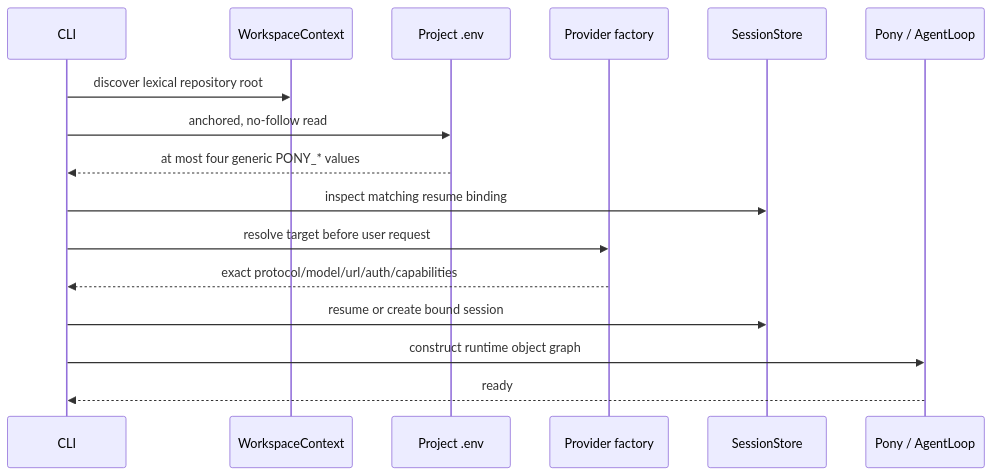
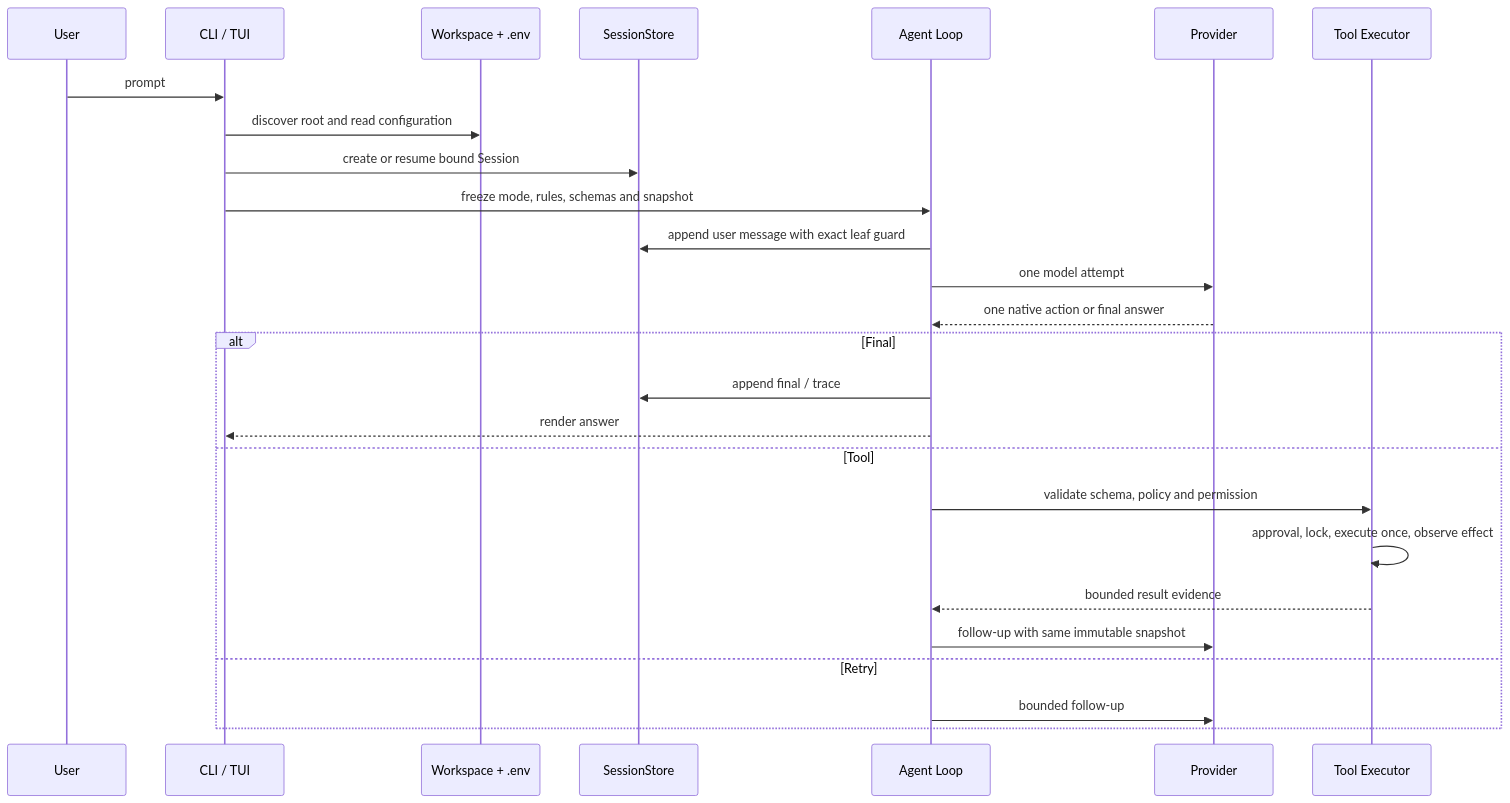
The second of 8 diagrams in docs/architecture.md (xiawiie/pony-code), drawn with Mermaid before and after one commit. The commit also changed other lines of this file and 1 other file, not shown here.

Commit message:
docs: refresh GitHub project overview

````diff
--- a/docs/architecture.md
+++ b/docs/architecture.md
@@ -94,19 +34,29 @@
 ```mermaid
 sequenceDiagram
-    participant C as CLI
-    participant W as WorkspaceContext
-    participant E as Project .env
-    participant P as Provider factory
+    participant U as User
+    participant C as CLI / TUI
+    participant W as Workspace + .env
     participant S as SessionStore
-    participant A as Pony / AgentLoop
+    participant A as Agent Loop
+    participant P as Provider
+    participant T as Tool Executor
 
-    C->>W: discover lexical repository root
-    C->>E: anchored, no-follow read
-    E-->>C: at most four generic PONY_* values
-    C->>S: inspect matching resume binding
-    C->>P: resolve target before user request
-    P-->>C: exact protocol/model/url/auth/capabilities
-    C->>S: resume or create bound session
-    C->>A: construct runtime object graph
-    A-->>C: ready
+    U->>C: prompt
+    C->>W: discover root and read configuration
+    C->>S: create or resume bound Session
+    C->>A: freeze mode, rules, schemas and snapshot
+    A->>S: append user message with exact leaf guard
+    A->>P: one model attempt
+    P-->>A: one native action or final answer
+    alt Final
+        A->>S: append final / trace
+        A-->>C: render answer
+    else Tool
+        A->>T: validate schema, policy and permission
+        T->>T: approval, lock, execute once, observe effect
+        T-->>A: bounded result evidence
+        A->>P: follow-up with same immutable snapshot
+    else Retry
+        A->>P: bounded follow-up
+    end
 ```
````
